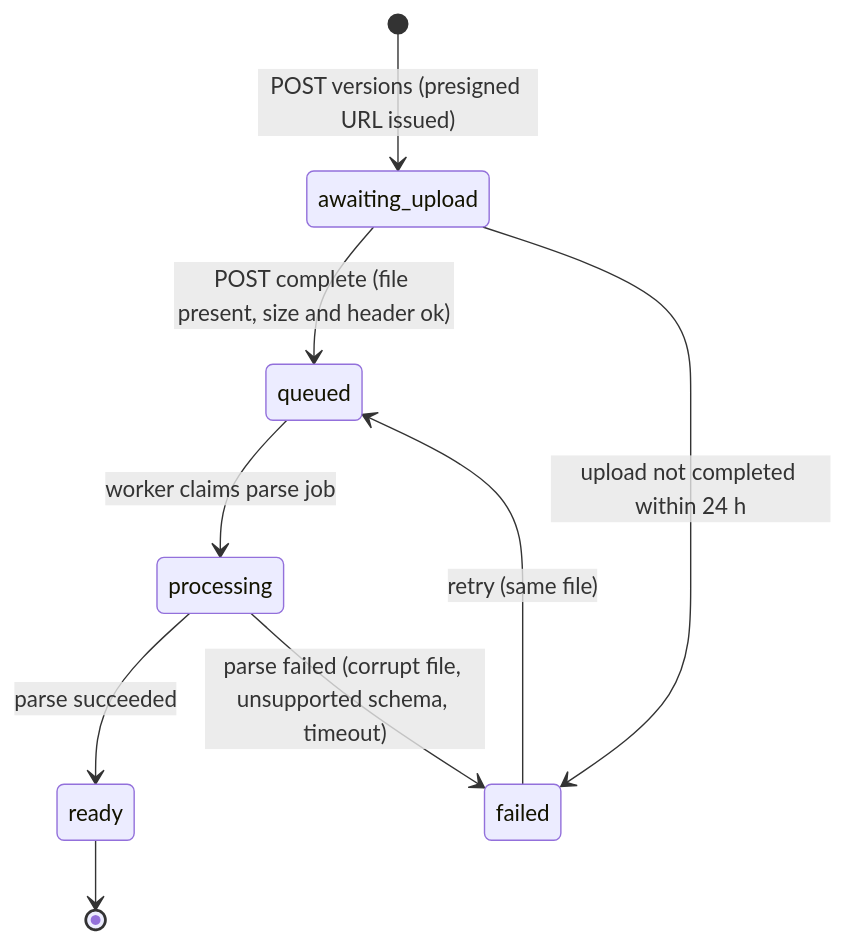
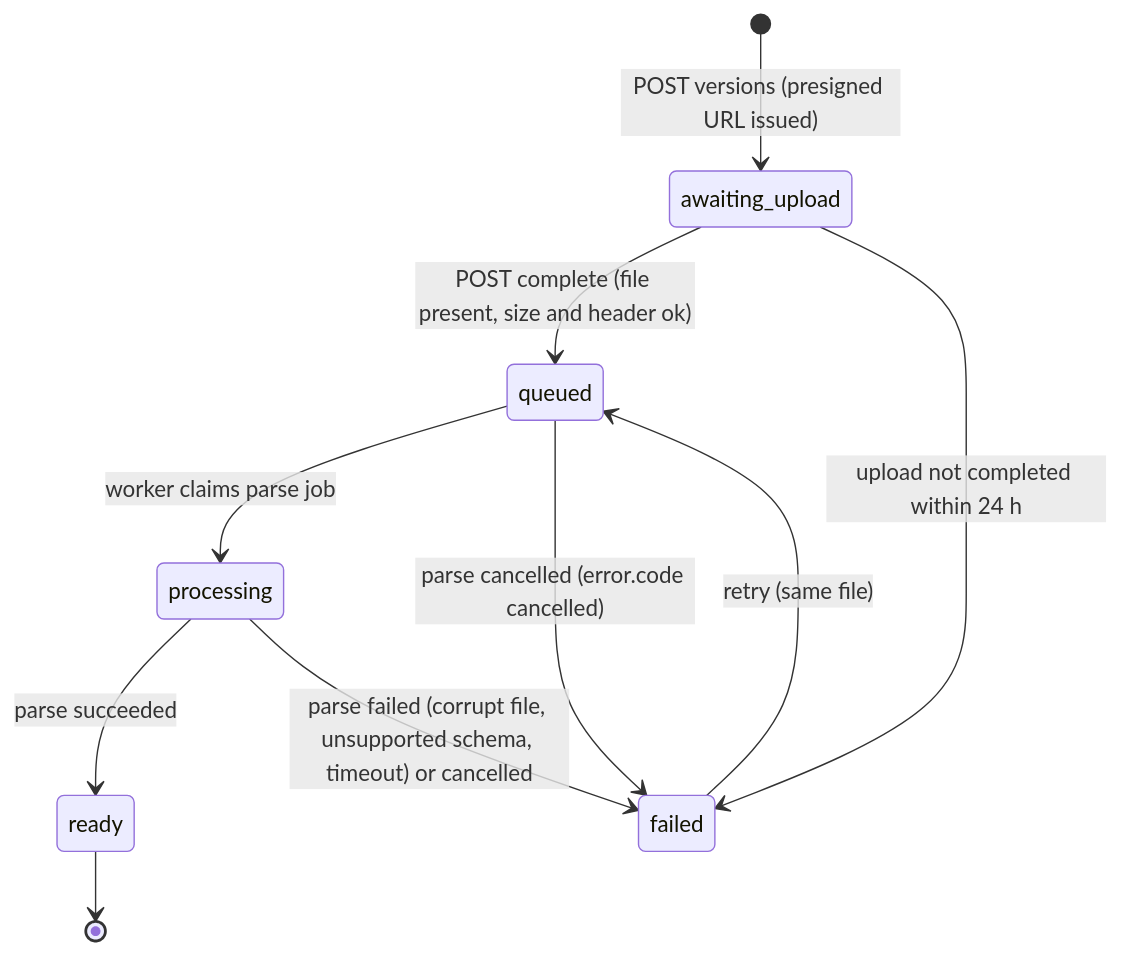
One commit to supersonicstudios22/boqlet changed the first of 11 diagrams in docs/domain/state-machines.md. Above: the diagram before and after it, drawn with Mermaid. The commit also changed other lines of this file and 21 other files, not shown here.

First line of the commit message:
TF-179, TF-073, TF-020, TF-037 (Java): stored line views; idempotency keys in the contract; parse error codes

````diff
--- a/docs/domain/state-machines.md
+++ b/docs/domain/state-machines.md
@@ -8,11 +8,12 @@
 ```mermaid
 stateDiagram-v2
   [*] --> awaiting_upload: POST versions (presigned URL issued)
   awaiting_upload --> queued: POST complete (file present, size and header ok)
   awaiting_upload --> failed: upload not completed within 24 h
   queued --> processing: worker claims parse job
+  queued --> failed: parse cancelled (error.code cancelled)
   processing --> ready: parse succeeded
-  processing --> failed: parse failed (corrupt file, unsupported schema, timeout)
+  processing --> failed: parse failed (corrupt file, unsupported schema, timeout) or cancelled
   failed --> queued: retry (same file)
   ready --> [*]
 ```
````
